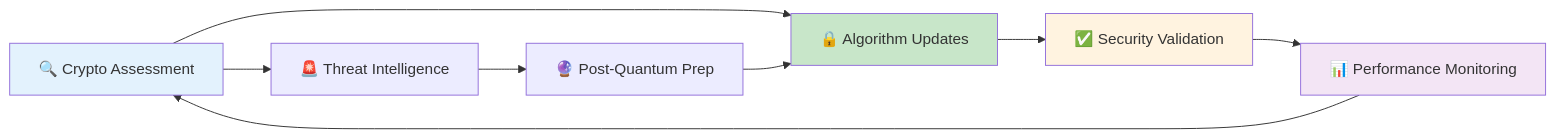
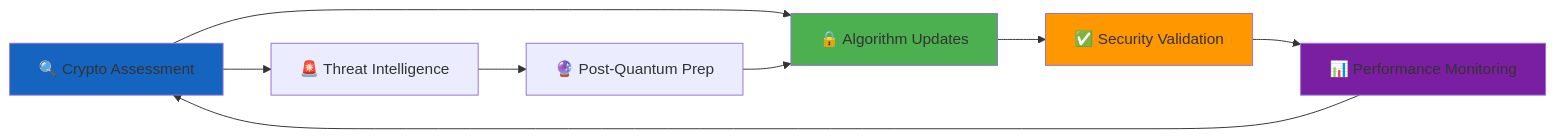
The fifth of 6 diagrams in Cryptography_Policy.md (Hack23/ISMS-PUBLIC), drawn with Mermaid before and after one commit. The commit also changed other lines of this file and 35 other files, not shown here.

````diff
--- a/Cryptography_Policy.md
+++ b/Cryptography_Policy.md
@@ -317,16 +317,16 @@
 ```mermaid
 flowchart LR
     ASSESS[🔍 Crypto Assessment] --> IMPLEMENT[🔒 Algorithm Updates]
     IMPLEMENT --> VALIDATE[✅ Security Validation]
     VALIDATE --> MONITOR[📊 Performance Monitoring]
     MONITOR --> ASSESS
     
     ASSESS --> THREAT[🚨 Threat Intelligence]
     THREAT --> QUANTUM[🔮 Post-Quantum Prep]
     QUANTUM --> IMPLEMENT
     
-    style ASSESS fill:#e3f2fd
-    style IMPLEMENT fill:#c8e6c9
-    style VALIDATE fill:#fff3e0
-    style MONITOR fill:#f3e5f5
+    style ASSESS fill:#1565C0
+    style IMPLEMENT fill:#4CAF50
+    style VALIDATE fill:#FF9800
+    style MONITOR fill:#7B1FA2
 ```
````
